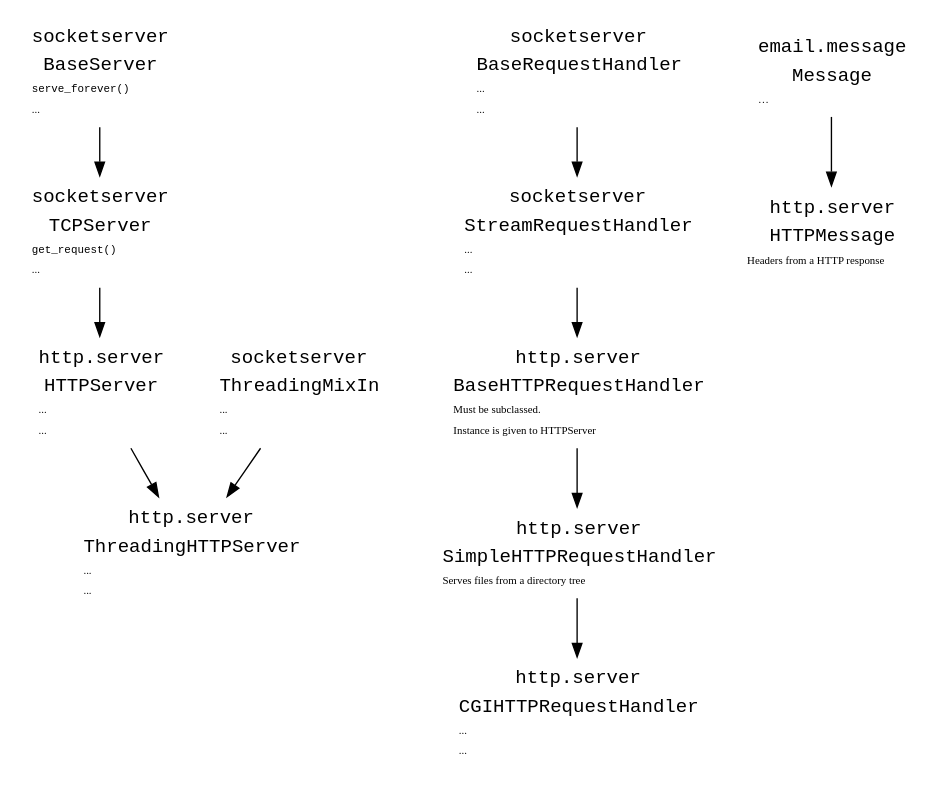
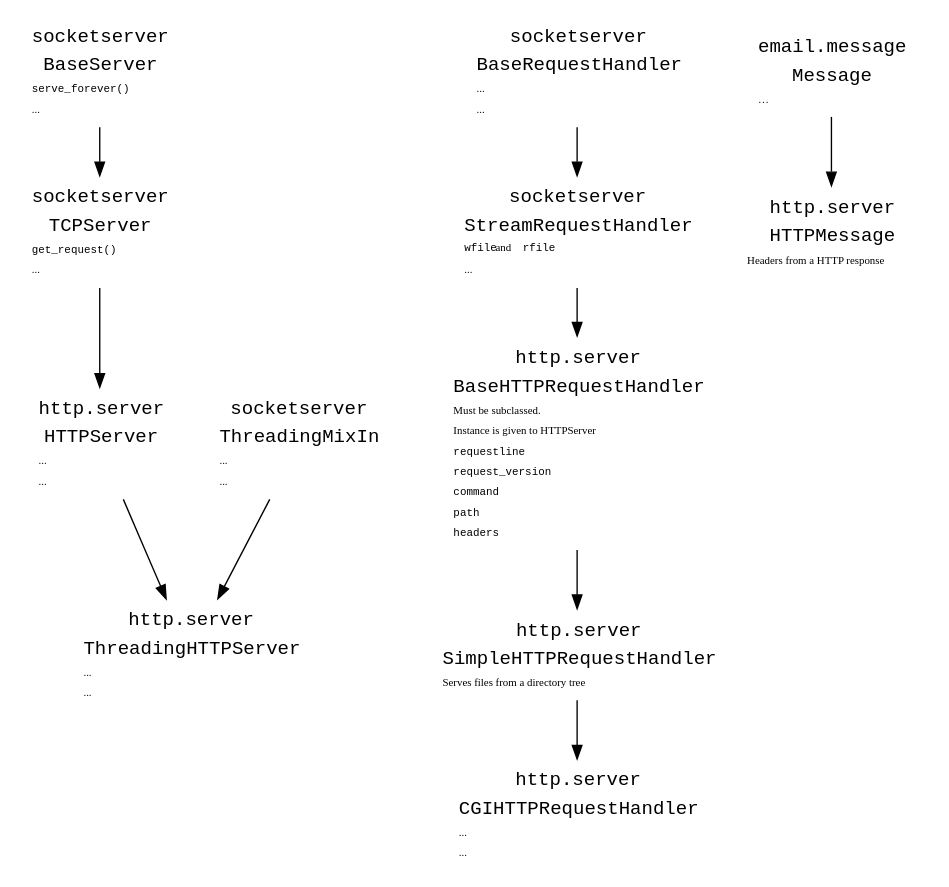
The diagram in standard-library/http/server/hierarchy.dot (ReneNyffenegger/temp-Python), drawn with Graphviz before and after one commit.

```diff
--- a/standard-library/http/server/hierarchy.dot
+++ b/standard-library/http/server/hierarchy.dot
@@ -1,109 +1,114 @@
 // dot hierarchy.dot -T pdf -o hierarchy.pdf
 
 digraph {
 
   node [shape=none]
 
 
   socketserver_BaseServer [ label=< <table border="0">
     <tr><td><font face="courier">socketserver</font></td></tr>
     <tr><td><font face="courier">BaseServer</font></td></tr>
     <tr><td align="left"><font point-size="8" face="courier">serve_forever()</font></td></tr>
     <tr><td align="left"><font point-size="8">...</font></td></tr>
   </table> > ]
 
   socketserver_TCPServer [ label=< <table border="0">
     <tr><td><font face="courier">socketserver</font></td></tr>
     <tr><td><font face="courier">TCPServer</font></td></tr>
     <tr><td align="left"><font point-size="8" face="courier">get_request()</font></td></tr>
     <tr><td align="left"><font point-size="8">...</font></td></tr>
   </table> > ]
 
 
   socketserver_ThreadingMixIn [ label=< <table border="0">
     <tr><td><font face="courier">socketserver</font></td></tr>
     <tr><td><font face="courier">ThreadingMixIn</font></td></tr>
     <tr><td align="left"><font point-size="8">...</font></td></tr>
     <tr><td align="left"><font point-size="8">...</font></td></tr>
   </table> > ]
 
 
   socketserver_BaseRequestHandler[ label=< <table border="0">
     <tr><td><font face="courier">socketserver</font></td></tr>
     <tr><td><font face="courier">BaseRequestHandler</font></td></tr>
     <tr><td align="left"><font point-size="8">...</font></td></tr>
     <tr><td align="left"><font point-size="8">...</font></td></tr>
   </table> > ]
 
   socketserver_StreamRequestHandler[ label=< <table border="0">
     <tr><td><font face="courier">socketserver</font></td></tr>
     <tr><td><font face="courier">StreamRequestHandler</font></td></tr>
-    <tr><td align="left"><font point-size="8">...</font></td></tr>
+    <tr><td align="left"><font point-size="8"><font face="courier">wfile</font> and <font face="courier">rfile</font></font></td></tr>
     <tr><td align="left"><font point-size="8">...</font></td></tr>
   </table> > ]
 
   HTTPServer [ label=< <table border="0">
     <tr><td><font face="courier">http.server</font></td></tr>
     <tr><td><font face="courier">HTTPServer</font></td></tr>
     <tr><td align="left"><font point-size="8">...</font></td></tr>
     <tr><td align="left"><font point-size="8">...</font></td></tr>
   </table> > ]
 
 //ThreadingHTTPServer [ label=< <font face="Courier">ThreadingHTTPServer</font> >]
 
   ThreadingHTTPServer [ label=< <table border="0">
     <tr><td><font face="courier">http.server</font></td></tr>
     <tr><td><font face="courier">ThreadingHTTPServer</font></td></tr>
     <tr><td align="left"><font point-size="8">...</font></td></tr>
     <tr><td align="left"><font point-size="8">...</font></td></tr>
   </table> > ]
 
   BaseHTTPRequestHandler [ label=< <table border="0">
     <tr><td><font face="courier">http.server</font></td></tr>
     <tr><td><font face="courier">BaseHTTPRequestHandler</font></td></tr>
     <tr><td align="left"><font point-size="8">Must be subclassed.</font></td></tr>
     <tr><td align="left"><font point-size="8">Instance is given to HTTPServer</font></td></tr>
+    <tr><td align="left"><font point-size="8" face="Courier">requestline</font></td></tr>
+    <tr><td align="left"><font point-size="8" face="Courier">request_version</font></td></tr>
+    <tr><td align="left"><font point-size="8" face="Courier">command</font></td></tr>
+    <tr><td align="left"><font point-size="8" face="Courier">path</font></td></tr>
+    <tr><td align="left"><font point-size="8" face="Courier">headers</font></td></tr>
   </table> > ]
 
 
   SimpleHTTPRequestHandler [ label=< <table border="0">
     <tr><td><font face="courier">http.server</font></td></tr>
     <tr><td><font face="courier">SimpleHTTPRequestHandler</font></td></tr>
     <tr><td align="left"><font point-size="8">Serves files from a directory tree</font></td></tr>
   </table> > ]
 
 
   email_message_Message [ label=< <table border="0">
     <tr><td><font face="courier">email.message</font></td></tr>
     <tr><td><font face="courier">Message</font></td></tr>
     <tr><td align="left"><font point-size="8">…</font></td></tr>
   </table> > ]
 
   HTTPMessage [ label=< <table border="0">
     <tr><td><font face="courier">http.server</font></td></tr>
     <tr><td><font face="courier">HTTPMessage</font></td></tr>
     <tr><td align="left"><font point-size="8">Headers from a HTTP response</font></td></tr>
   </table> > ]
 
   CGIHTTPRequestHandler[ label=< <table border="0">
     <tr><td><font face="courier">http.server</font></td></tr>
     <tr><td><font face="courier">CGIHTTPRequestHandler</font></td></tr>
     <tr><td align="left"><font point-size="8">...</font></td></tr>
     <tr><td align="left"><font point-size="8">...</font></td></tr>
   </table> > ]
 
   
   socketserver_BaseServer -> socketserver_TCPServer
 
   socketserver_TCPServer -> HTTPServer
   socketserver_ThreadingMixIn -> ThreadingHTTPServer
   socketserver_BaseRequestHandler -> socketserver_StreamRequestHandler
   socketserver_StreamRequestHandler -> BaseHTTPRequestHandler
   HTTPServer -> ThreadingHTTPServer
 
   BaseHTTPRequestHandler -> SimpleHTTPRequestHandler
   SimpleHTTPRequestHandler -> CGIHTTPRequestHandler
 
   email_message_Message -> HTTPMessage
 
 }
```
